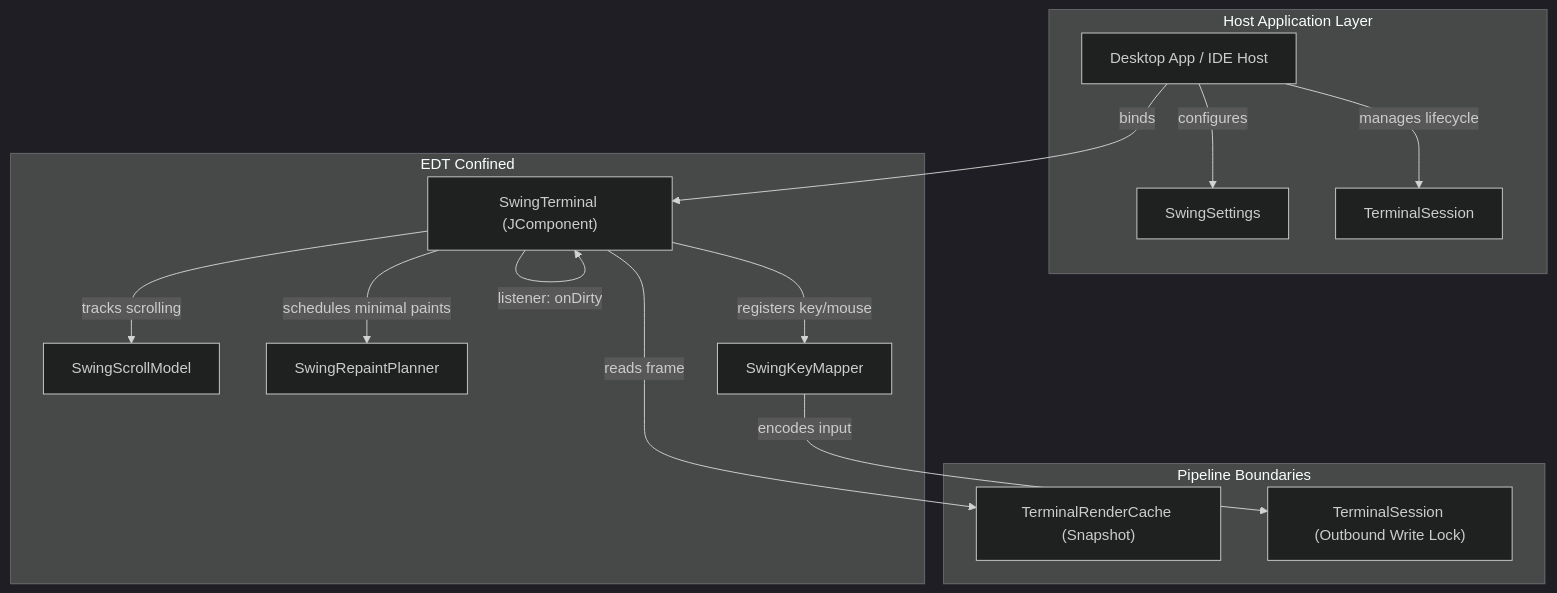
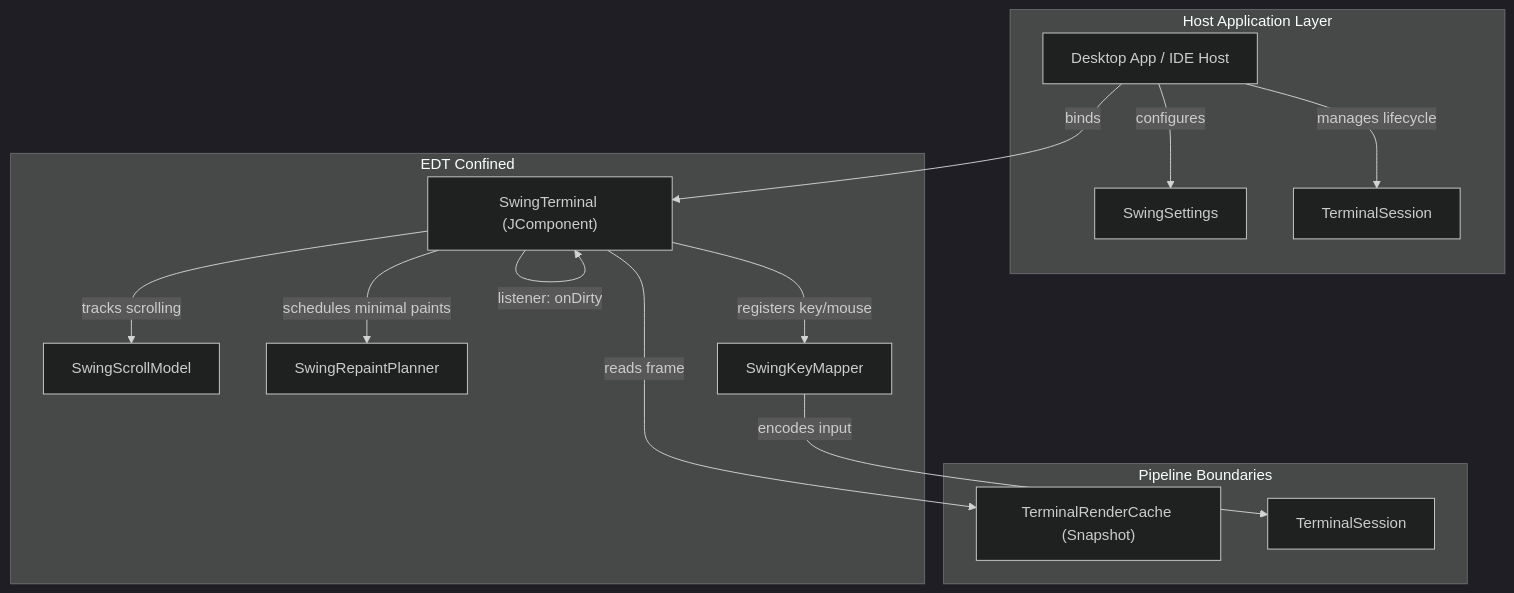
Before and after one commit to ketraterm/KetraTerm: the diagram in jvterm-ui-swing/README.md, drawn with Mermaid (dark theme). The commit also changed other lines of this file and 29 other files, not shown here.

````diff
--- a/jvterm-ui-swing/README.md
+++ b/jvterm-ui-swing/README.md
@@ -25,28 +25,28 @@
 ```mermaid
 graph TD
     subgraph Host Application Layer
         Host["Desktop App / IDE Host"] -->|configures| Settings["SwingSettings"]
         Host -->|manages lifecycle| Session["TerminalSession"]
     end
 
     subgraph jvterm-ui-swing[EDT Confined]
         Terminal["SwingTerminal (JComponent)"]
         ScrollModel["SwingScrollModel"]
         RepaintPlanner["SwingRepaintPlanner"]
         KeyMapper["SwingKeyMapper"]
         
         Terminal -->|registers key/mouse| KeyMapper
         Terminal -->|tracks scrolling| ScrollModel
         Terminal -->|schedules minimal paints| RepaintPlanner
     end
 
     subgraph Pipeline Boundaries
         Cache["TerminalRenderCache (Snapshot)"]
-        SessionBoundary["TerminalSession (Outbound Write Lock)"]
+        SessionBoundary["TerminalSession"]
     end
 
     Host -->|binds| Terminal
     Terminal -->|reads frame| Cache
     Terminal -->|listener: onDirty| Terminal
     KeyMapper -->|encodes input| SessionBoundary
 ```
````
